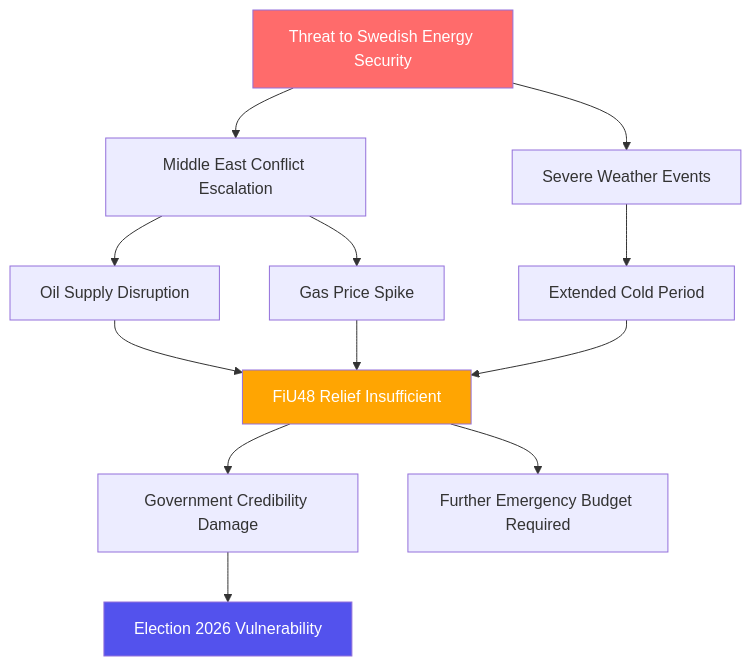
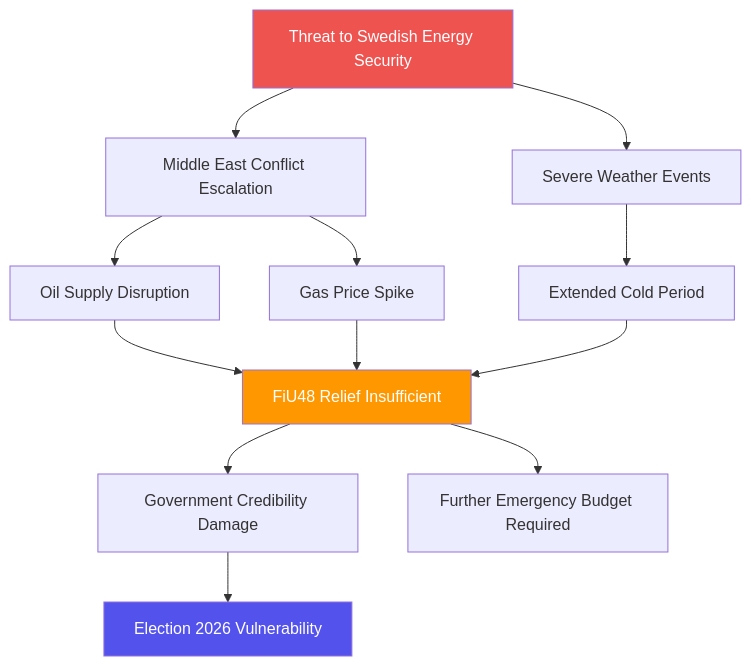
Before and after one commit to Hack23/riksdagsmonitor: the diagram in analysis/daily/2026-04-14/committeeReports/threat-analysis.md, drawn with Mermaid. The commit also changed 785 other files, not shown here.

First line of the commit message:
Normalize mermaid colors across 786 analysis artifacts to ISMS Style Guide palette

````diff
--- a/analysis/daily/2026-04-14/committeeReports/threat-analysis.md
+++ b/analysis/daily/2026-04-14/committeeReports/threat-analysis.md
@@ -25,18 +25,18 @@
 ```mermaid
 graph TD
     ROOT[Threat to Swedish Energy Security] --> A[Middle East Conflict Escalation]
     ROOT --> B[Severe Weather Events]
     A --> A1[Oil Supply Disruption]
     A --> A2[Gas Price Spike]
     A1 --> C[FiU48 Relief Insufficient]
     A2 --> C
     B --> B1[Extended Cold Period]
     B1 --> C
     C --> D[Government Credibility Damage]
     C --> E[Further Emergency Budget Required]
     D --> F[Election 2026 Vulnerability]
 
-    style ROOT fill:#ff6b6b,color:#fff
-    style C fill:#ffa502,color:#fff
-    style F fill:#5352ed,color:#fff
+    style ROOT fill:#EF5350,color:#FFFFFF
+    style C fill:#FF9800,color:#FFFFFF
+    style F fill:#5352ed,color:#FFFFFF
 ```
````
